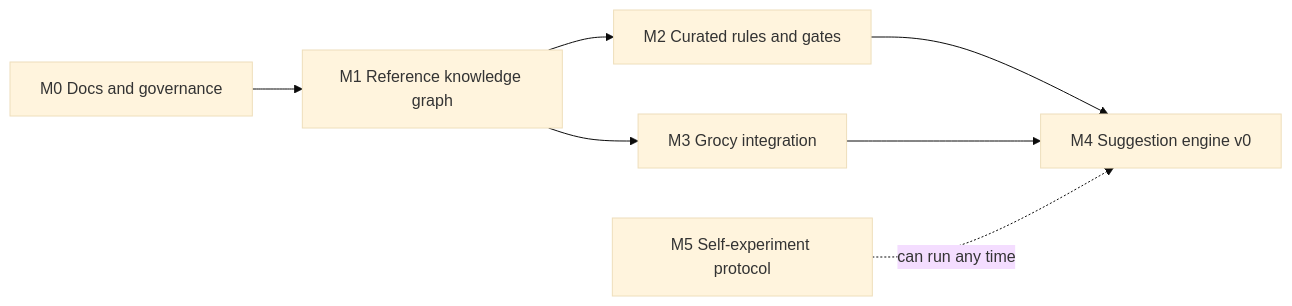
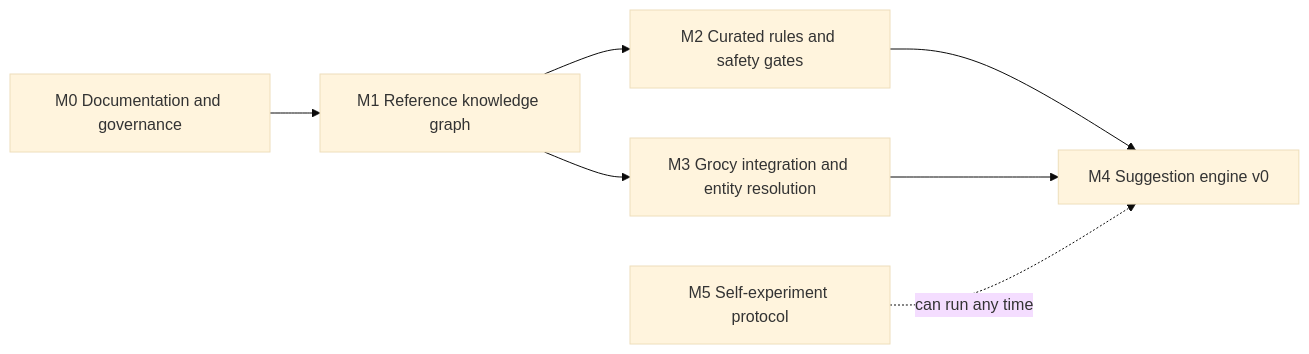
One commit to dev-nobytes-io/Grocy-Bioavaiability-and-Interactions-Reccomendation-Engine changed the diagram in docs/product/roadmap.md. Above: the diagram before and after it, drawn with Mermaid (base theme). The commit also changed other lines of this file and 18 other files, not shown here.

````diff
--- a/docs/product/roadmap.md
+++ b/docs/product/roadmap.md
@@ -5,9 +5,9 @@
 ```mermaid
 graph LR
-  M0[M0 Docs and governance] --> M1[M1 Reference knowledge graph]
-  M1 --> M2[M2 Curated rules and gates]
-  M1 --> M3[M3 Grocy integration]
+  M0[M0 Documentation and governance] --> M1[M1 Reference knowledge graph]
+  M1 --> M2[M2 Curated rules and safety gates]
+  M1 --> M3[M3 Grocy integration and entity resolution]
   M2 --> M4[M4 Suggestion engine v0]
   M3 --> M4
   M5[M5 Self-experiment protocol] -.can run any time.-> M4
 ```
````
